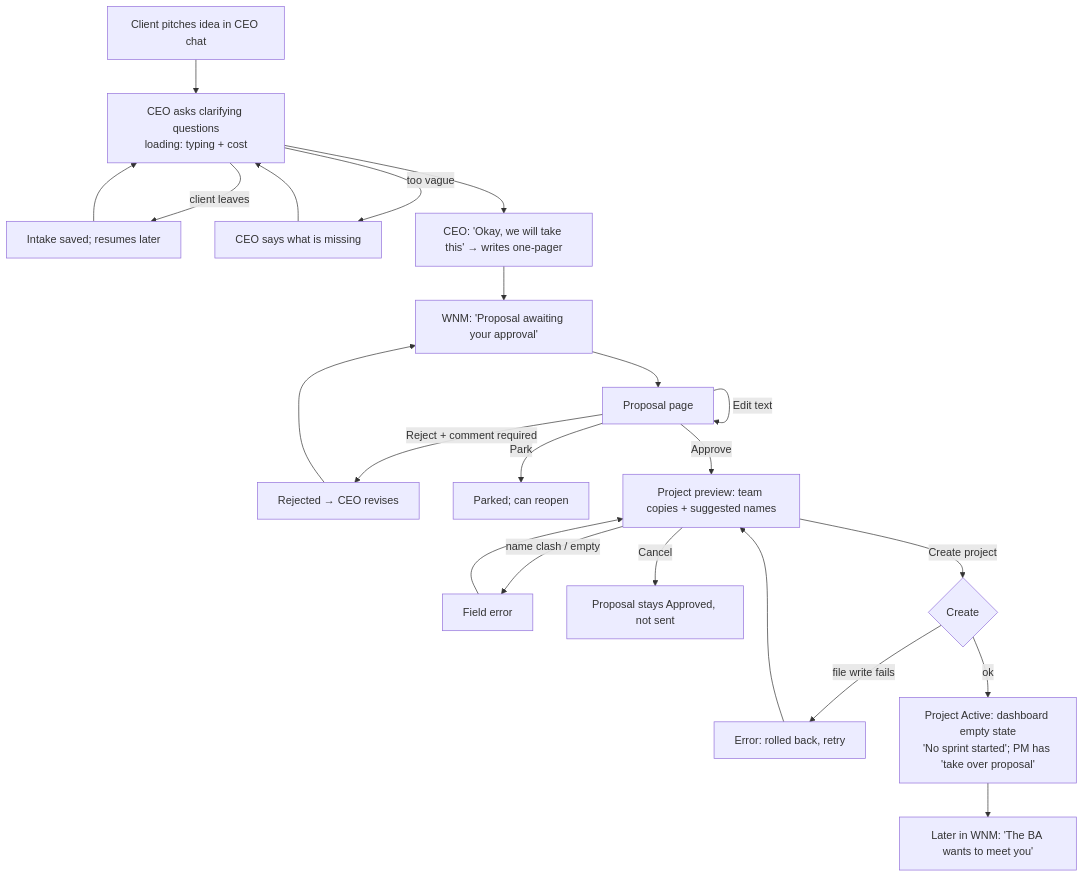
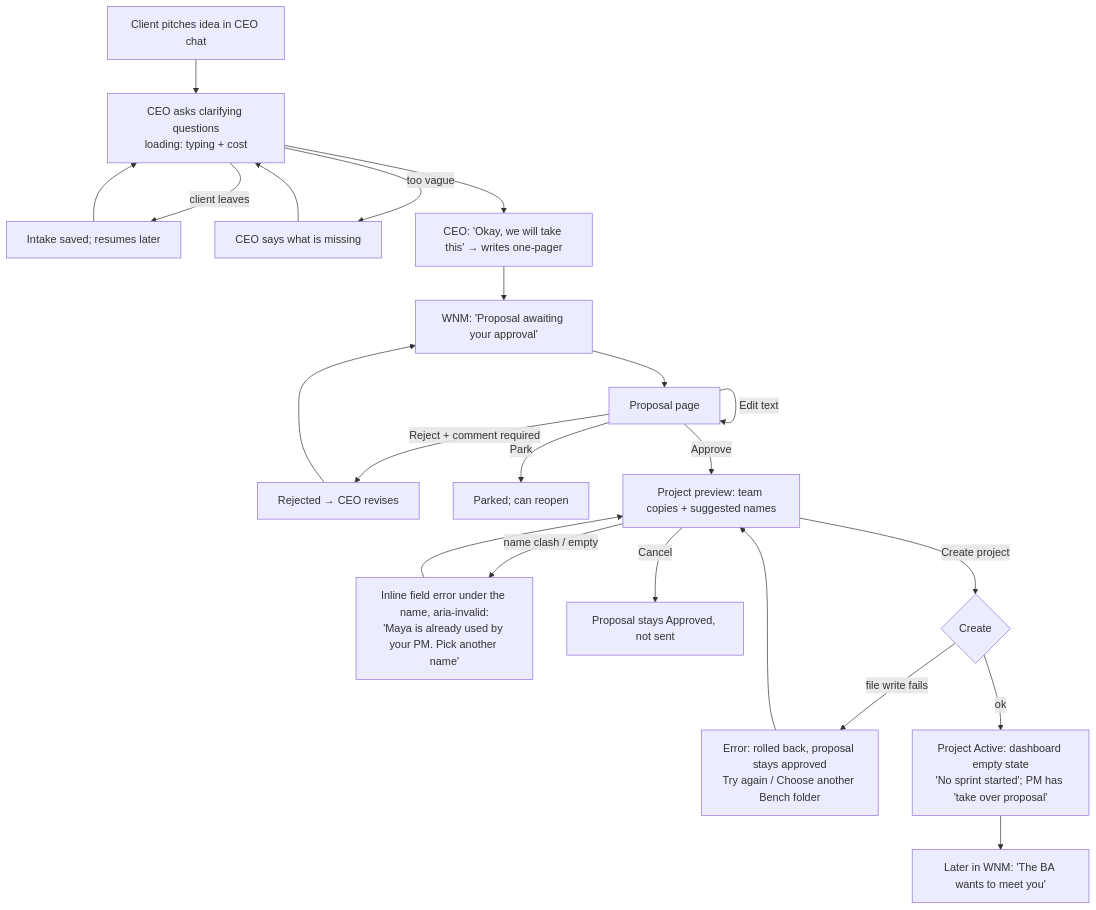
Before and after one commit to Majd-Alhakim/bench: the third of 11 diagrams in docs/design/ux/README.md, drawn with Mermaid. The commit also changed other lines of this file and 3 other files, not shown here.

````diff
--- a/docs/design/ux/README.md
+++ b/docs/design/ux/README.md
@@ -189,19 +193,19 @@
 ```mermaid
 flowchart TD
   A[Client pitches idea in CEO chat] --> B[CEO asks clarifying questions<br/>loading: typing + cost]
   B -->|client leaves| B2[Intake saved; resumes later] --> B
   B -->|too vague| E1[CEO says what is missing] --> B
   B --> C[CEO: 'Okay, we will take this' → writes one-pager]
   C --> D[WNM: 'Proposal awaiting your approval']
   D --> P[Proposal page]
   P -->|Reject + comment required| R[Rejected → CEO revises] --> D
   P -->|Edit text| P
   P -->|Park| K[Parked; can reopen]
   P -->|Approve| V[Project preview: team copies + suggested names]
-  V -->|name clash / empty| E2[Field error] --> V
+  V -->|name clash / empty| E2[Inline field error under the name, aria-invalid:<br/>'Maya is already used by your PM. Pick another name'] --> V
   V -->|Cancel| A2[Proposal stays Approved, not sent]
   V -->|Create project| X{Create}
-  X -->|file write fails| E3[Error: rolled back, retry] --> V
+  X -->|file write fails| E3[Error: rolled back, proposal stays approved<br/>Try again / Choose another Bench folder] --> V
   X -->|ok| Y[Project Active: dashboard empty state<br/>'No sprint started'; PM has 'take over proposal']
   Y --> Z[Later in WNM: 'The BA wants to meet you']
 ```
````
